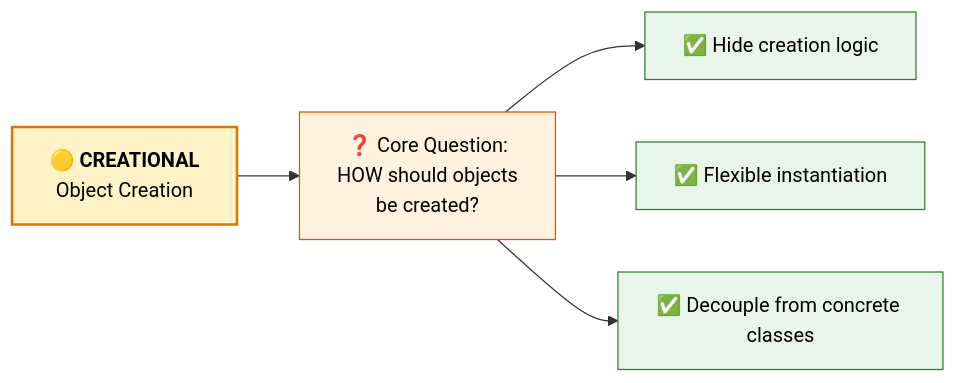
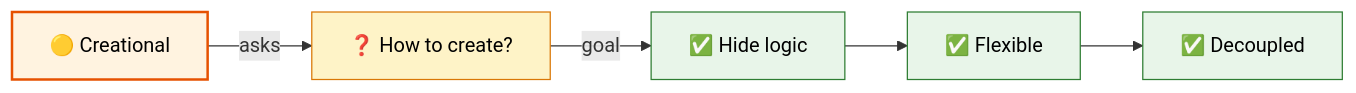
One commit to saivamsikaruturi/vamsilabs-dev-notes-main changed the first of 2 diagrams in docs/designpatterns/creationalDesignPatterns/CreationalDesignPatterns.md. Above: the diagram before and after it, drawn with Mermaid. The commit also changed other lines of this file and 42 other files, not shown here.

````diff
--- a/docs/designpatterns/creationalDesignPatterns/CreationalDesignPatterns.md
+++ b/docs/designpatterns/creationalDesignPatterns/CreationalDesignPatterns.md
@@ -7,13 +7,11 @@
 ```mermaid
 flowchart LR
-    C["🟡 <b>CREATIONAL</b><br/>Object Creation"] --> Q["❓ Core Question:<br/>HOW should objects<br/>be created?"]
-    Q --> G1["✅ Hide creation logic"]
-    Q --> G2["✅ Flexible instantiation"]
-    Q --> G3["✅ Decouple from concrete classes"]
+    C["🟡 Creational"] -->|"asks"| Q["❓ How to create?"]
+    Q -->|"goal"| G1["✅ Hide logic"] --> G2["✅ Flexible"] --> G3["✅ Decoupled"]
     
-    style C fill:#FEF3C7,stroke:#D97706,stroke-width:2px,color:#000
-    style Q fill:#FFF3E0,stroke:#E65100,color:#000
+    style C fill:#FFF3E0,stroke:#E65100,stroke-width:2px,color:#000
+    style Q fill:#FEF3C7,stroke:#D97706,color:#000
     style G1 fill:#E8F5E9,stroke:#2E7D32,color:#000
     style G2 fill:#E8F5E9,stroke:#2E7D32,color:#000
     style G3 fill:#E8F5E9,stroke:#2E7D32,color:#000
 ```
````
